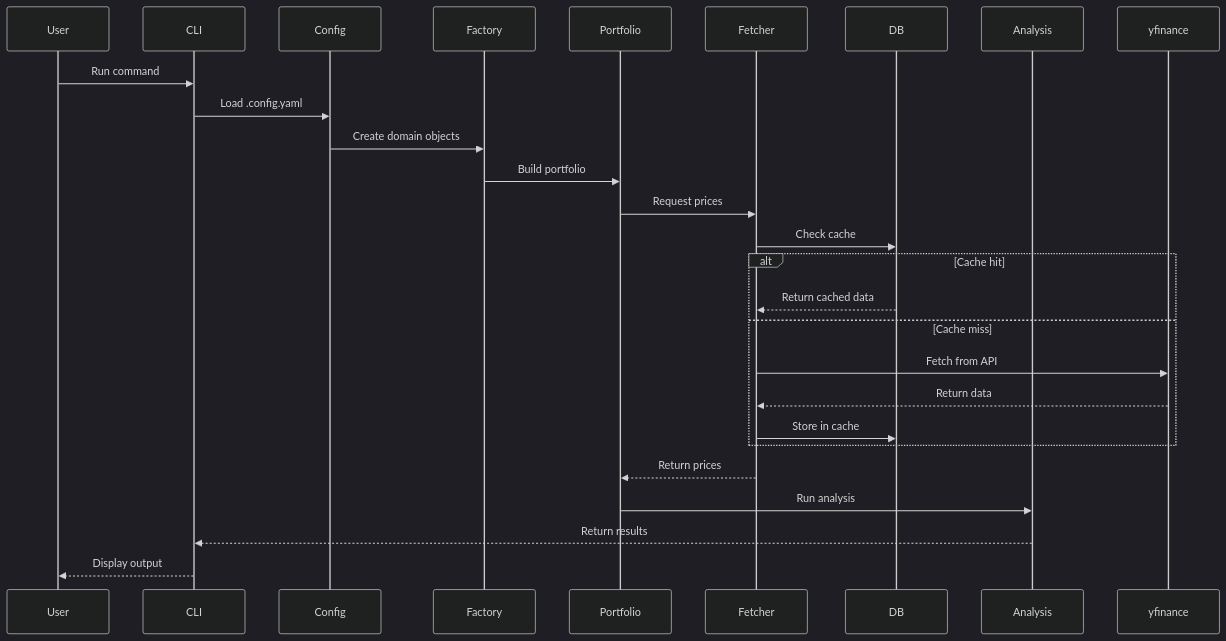
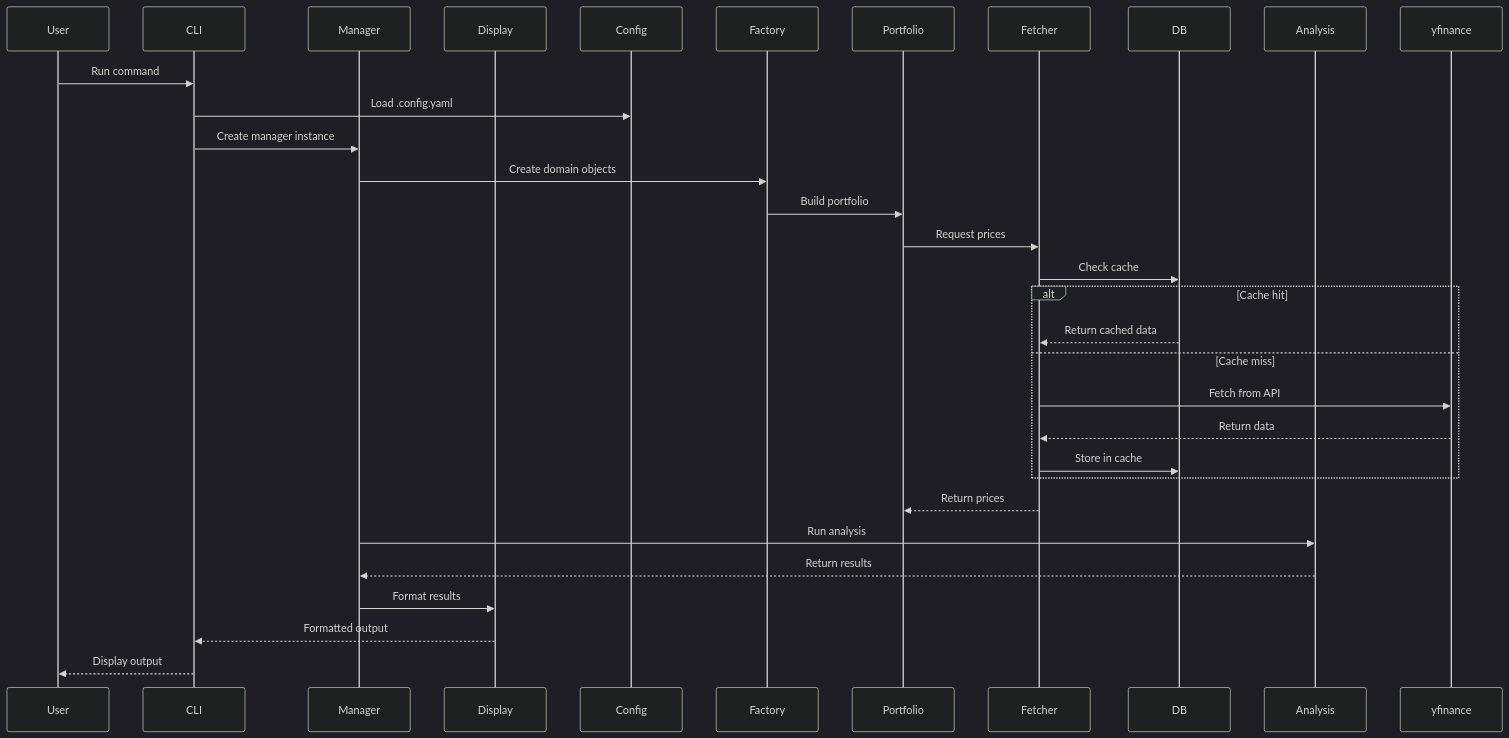
Before and after one commit to mkm29/stockula: the second of 2 diagrams in docs/user-guide/architecture.md, drawn with Mermaid (dark theme). The commit also changed other lines of this file and 8 other files, not shown here.

````diff
--- a/docs/user-guide/architecture.md
+++ b/docs/user-guide/architecture.md
@@ -72,29 +84,34 @@
 ```mermaid
 sequenceDiagram
     participant User
     participant CLI
+    participant Manager
+    participant Display
     participant Config
     participant Factory
     participant Portfolio
     participant Fetcher
     participant DB
     participant Analysis
 
     User->>CLI: Run command
     CLI->>Config: Load .config.yaml
-    Config->>Factory: Create domain objects
+    CLI->>Manager: Create manager instance
+    Manager->>Factory: Create domain objects
     Factory->>Portfolio: Build portfolio
     Portfolio->>Fetcher: Request prices
     Fetcher->>DB: Check cache
     alt Cache hit
         DB-->>Fetcher: Return cached data
     else Cache miss
         Fetcher->>yfinance: Fetch from API
         yfinance-->>Fetcher: Return data
         Fetcher->>DB: Store in cache
     end
     Fetcher-->>Portfolio: Return prices
-    Portfolio->>Analysis: Run analysis
-    Analysis-->>CLI: Return results
+    Manager->>Analysis: Run analysis
+    Analysis-->>Manager: Return results
+    Manager->>Display: Format results
+    Display-->>CLI: Formatted output
     CLI-->>User: Display output
 ```
````
